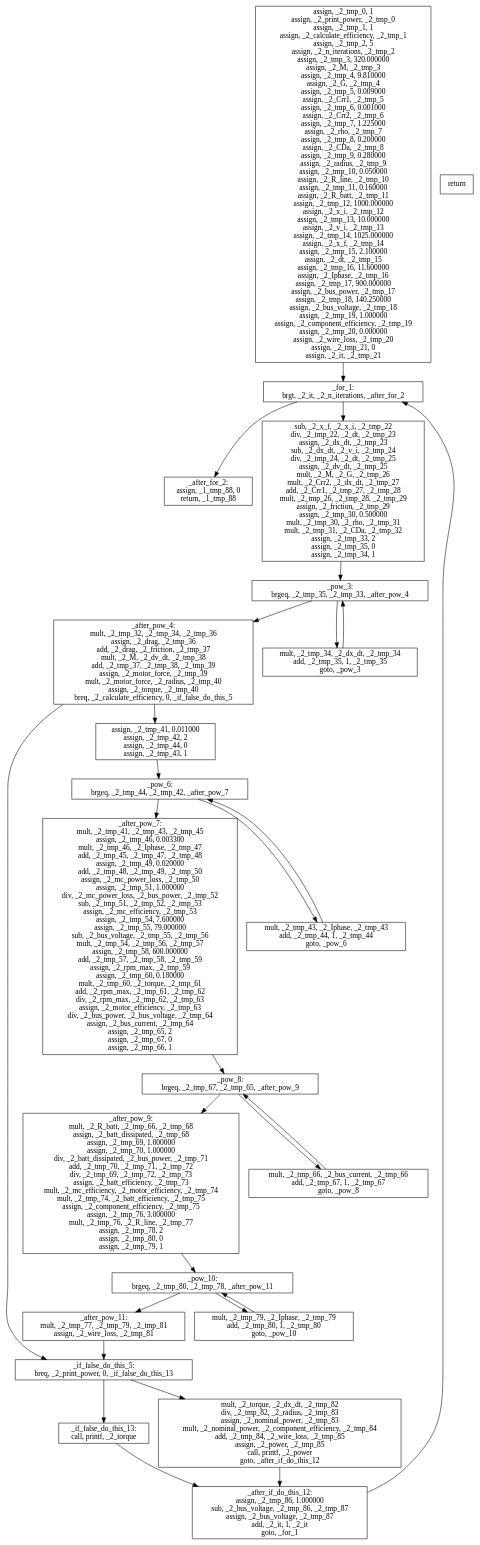
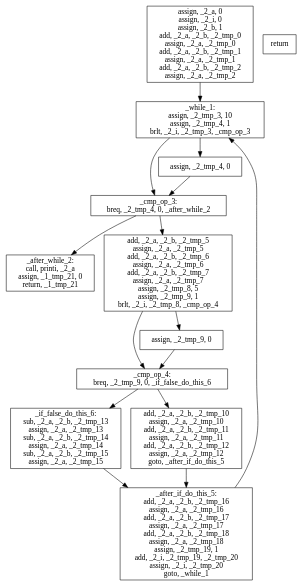
The diagram in fib.cfg.gv (tamtatop/tiger_compiler), drawn with Graphviz before and after one commit. The commit also changed 7 other files, not shown here.

```diff
--- a/fib.cfg.gv
+++ b/fib.cfg.gv
@@ -3,215 +3,85 @@
 main_1 [label = "", shape = "rect"]
 main_1 -> {}
 
-main_1 [label = "assign, _2_tmp_0, 1
-assign, _2_print_power, _2_tmp_0
-assign, _2_tmp_1, 1
-assign, _2_calculate_efficiency, _2_tmp_1
-assign, _2_tmp_2, 5
-assign, _2_n_iterations, _2_tmp_2
-assign, _2_tmp_3, 320.000000
-assign, _2_M, _2_tmp_3
-assign, _2_tmp_4, 9.810000
-assign, _2_G, _2_tmp_4
-assign, _2_tmp_5, 0.009000
-assign, _2_Crr1, _2_tmp_5
-assign, _2_tmp_6, 0.001000
-assign, _2_Crr2, _2_tmp_6
-assign, _2_tmp_7, 1.225000
-assign, _2_rho, _2_tmp_7
-assign, _2_tmp_8, 0.200000
-assign, _2_CDa, _2_tmp_8
-assign, _2_tmp_9, 0.280000
-assign, _2_radius, _2_tmp_9
-assign, _2_tmp_10, 0.050000
-assign, _2_R_line, _2_tmp_10
-assign, _2_tmp_11, 0.160000
-assign, _2_R_batt, _2_tmp_11
-assign, _2_tmp_12, 1000.000000
-assign, _2_x_i, _2_tmp_12
-assign, _2_tmp_13, 10.000000
-assign, _2_v_i, _2_tmp_13
-assign, _2_tmp_14, 1025.000000
-assign, _2_x_f, _2_tmp_14
-assign, _2_tmp_15, 2.100000
-assign, _2_dt, _2_tmp_15
-assign, _2_tmp_16, 11.600000
-assign, _2_Iphase, _2_tmp_16
-assign, _2_tmp_17, 900.000000
-assign, _2_bus_power, _2_tmp_17
-assign, _2_tmp_18, 140.250000
-assign, _2_bus_voltage, _2_tmp_18
-assign, _2_tmp_19, 1.000000
-assign, _2_component_efficiency, _2_tmp_19
-assign, _2_tmp_20, 0.000000
-assign, _2_wire_loss, _2_tmp_20
-assign, _2_tmp_21, 0
-assign, _2_it, _2_tmp_21", shape = "rect"]
+main_1 [label = "assign, _2_a, 0
+assign, _2_i, 0
+assign, _2_b, 1
+add, _2_a, _2_b, _2_tmp_0
+assign, _2_a, _2_tmp_0
+add, _2_a, _2_b, _2_tmp_1
+assign, _2_a, _2_tmp_1
+add, _2_a, _2_b, _2_tmp_2
+assign, _2_a, _2_tmp_2", shape = "rect"]
 main_1 -> {main_2}
 
-main_2 [label = "_for_1:
-brgt, _2_it, _2_n_iterations, _after_for_2", shape = "rect"]
-main_2 -> {main_21, main_3}
+main_2 [label = "_while_1:
+assign, _2_tmp_3, 10
+assign, _2_tmp_4, 1
+brlt, _2_i, _2_tmp_3, _cmp_op_3", shape = "rect"]
+main_2 -> {main_4; main_3}
 
-main_3 [label = "sub, _2_x_f, _2_x_i, _2_tmp_22
-div, _2_tmp_22, _2_dt, _2_tmp_23
-assign, _2_dx_dt, _2_tmp_23
-sub, _2_dx_dt, _2_v_i, _2_tmp_24
-div, _2_tmp_24, _2_dt, _2_tmp_25
-assign, _2_dv_dt, _2_tmp_25
-mult, _2_M, _2_G, _2_tmp_26
-mult, _2_Crr2, _2_dx_dt, _2_tmp_27
-add, _2_Crr1, _2_tmp_27, _2_tmp_28
-mult, _2_tmp_26, _2_tmp_28, _2_tmp_29
-assign, _2_friction, _2_tmp_29
-assign, _2_tmp_30, 0.500000
-mult, _2_tmp_30, _2_rho, _2_tmp_31
-mult, _2_tmp_31, _2_CDa, _2_tmp_32
-assign, _2_tmp_33, 2
-assign, _2_tmp_35, 0
-assign, _2_tmp_34, 1", shape = "rect"]
+main_3 [label = "assign, _2_tmp_4, 0", shape = "rect"]
 main_3 -> {main_4}
 
-main_4 [label = "_pow_3:
-brgeq, _2_tmp_35, _2_tmp_33, _after_pow_4", shape = "rect"]
-main_4 -> {main_6, main_5}
+main_4 [label = "_cmp_op_3:
+breq, _2_tmp_4, 0, _after_while_2", shape = "rect"]
+main_4 -> {main_11; main_5}
 
-main_5 [label = "mult, _2_tmp_34, _2_dx_dt, _2_tmp_34
-add, _2_tmp_35, 1, _2_tmp_35
-goto, _pow_3", shape = "rect"]
-main_5 -> {main_4}
+main_5 [label = "add, _2_a, _2_b, _2_tmp_5
+assign, _2_a, _2_tmp_5
+add, _2_a, _2_b, _2_tmp_6
+assign, _2_a, _2_tmp_6
+add, _2_a, _2_b, _2_tmp_7
+assign, _2_a, _2_tmp_7
+assign, _2_tmp_8, 5
+assign, _2_tmp_9, 1
+brlt, _2_i, _2_tmp_8, _cmp_op_4", shape = "rect"]
+main_5 -> {main_7; main_6}
 
-main_6 [label = "_after_pow_4:
-mult, _2_tmp_32, _2_tmp_34, _2_tmp_36
-assign, _2_drag, _2_tmp_36
-add, _2_drag, _2_friction, _2_tmp_37
-mult, _2_M, _2_dv_dt, _2_tmp_38
-add, _2_tmp_37, _2_tmp_38, _2_tmp_39
-assign, _2_motor_force, _2_tmp_39
-mult, _2_motor_force, _2_radius, _2_tmp_40
-assign, _2_torque, _2_tmp_40
-breq, _2_calculate_efficiency, 0, _if_false_do_this_5", shape = "rect"]
-main_6 -> {main_17, main_7}
+main_6 [label = "assign, _2_tmp_9, 0", shape = "rect"]
+main_6 -> {main_7}
 
-main_7 [label = "assign, _2_tmp_41, 0.011000
-assign, _2_tmp_42, 2
-assign, _2_tmp_44, 0
-assign, _2_tmp_43, 1", shape = "rect"]
-main_7 -> {main_8}
+main_7 [label = "_cmp_op_4:
+breq, _2_tmp_9, 0, _if_false_do_this_6", shape = "rect"]
+main_7 -> {main_9; main_8}
 
-main_8 [label = "_pow_6:
-brgeq, _2_tmp_44, _2_tmp_42, _after_pow_7", shape = "rect"]
-main_8 -> {main_10, main_9}
+main_8 [label = "add, _2_a, _2_b, _2_tmp_10
+assign, _2_a, _2_tmp_10
+add, _2_a, _2_b, _2_tmp_11
+assign, _2_a, _2_tmp_11
+add, _2_a, _2_b, _2_tmp_12
+assign, _2_a, _2_tmp_12
+goto, _after_if_do_this_5", shape = "rect"]
+main_8 -> {main_10}
 
-main_9 [label = "mult, _2_tmp_43, _2_Iphase, _2_tmp_43
-add, _2_tmp_44, 1, _2_tmp_44
-goto, _pow_6", shape = "rect"]
-main_9 -> {main_8}
+main_9 [label = "_if_false_do_this_6:
+sub, _2_a, _2_b, _2_tmp_13
+assign, _2_a, _2_tmp_13
+sub, _2_a, _2_b, _2_tmp_14
+assign, _2_a, _2_tmp_14
+sub, _2_a, _2_b, _2_tmp_15
+assign, _2_a, _2_tmp_15", shape = "rect"]
+main_9 -> {main_10}
 
-main_10 [label = "_after_pow_7:
-mult, _2_tmp_41, _2_tmp_43, _2_tmp_45
-assign, _2_tmp_46, 0.003300
-mult, _2_tmp_46, _2_Iphase, _2_tmp_47
-add, _2_tmp_45, _2_tmp_47, _2_tmp_48
-assign, _2_tmp_49, 0.020000
-add, _2_tmp_48, _2_tmp_49, _2_tmp_50
-assign, _2_mc_power_loss, _2_tmp_50
-assign, _2_tmp_51, 1.000000
-div, _2_mc_power_loss, _2_bus_power, _2_tmp_52
-sub, _2_tmp_51, _2_tmp_52, _2_tmp_53
-assign, _2_mc_efficiency, _2_tmp_53
-assign, _2_tmp_54, 7.600000
-assign, _2_tmp_55, 79.000000
-sub, _2_bus_voltage, _2_tmp_55, _2_tmp_56
-mult, _2_tmp_54, _2_tmp_56, _2_tmp_57
-assign, _2_tmp_58, 600.000000
-add, _2_tmp_57, _2_tmp_58, _2_tmp_59
-assign, _2_rpm_max, _2_tmp_59
-assign, _2_tmp_60, 0.180000
-mult, _2_tmp_60, _2_torque, _2_tmp_61
-add, _2_rpm_max, _2_tmp_61, _2_tmp_62
-div, _2_rpm_max, _2_tmp_62, _2_tmp_63
-assign, _2_motor_efficiency, _2_tmp_63
-div, _2_bus_power, _2_bus_voltage, _2_tmp_64
-assign, _2_bus_current, _2_tmp_64
-assign, _2_tmp_65, 2
-assign, _2_tmp_67, 0
-assign, _2_tmp_66, 1", shape = "rect"]
-main_10 -> {main_11}
+main_10 [label = "_after_if_do_this_5:
+add, _2_a, _2_b, _2_tmp_16
+assign, _2_a, _2_tmp_16
+add, _2_a, _2_b, _2_tmp_17
+assign, _2_a, _2_tmp_17
+add, _2_a, _2_b, _2_tmp_18
+assign, _2_a, _2_tmp_18
+assign, _2_tmp_19, 1
+add, _2_i, _2_tmp_19, _2_tmp_20
+assign, _2_i, _2_tmp_20
+goto, _while_1", shape = "rect"]
+main_10 -> {main_2}
 
-main_11 [label = "_pow_8:
-brgeq, _2_tmp_67, _2_tmp_65, _after_pow_9", shape = "rect"]
-main_11 -> {main_13, main_12}
+main_11 [label = "_after_while_2:
+call, printi, _2_a
+assign, _1_tmp_21, 0
+return, _1_tmp_21", shape = "rect"]
+main_11 -> {}
 
-main_12 [label = "mult, _2_tmp_66, _2_bus_current, _2_tmp_66
-add, _2_tmp_67, 1, _2_tmp_67
-goto, _pow_8", shape = "rect"]
-main_12 -> {main_11}
-
-main_13 [label = "_after_pow_9:
-mult, _2_R_batt, _2_tmp_66, _2_tmp_68
-assign, _2_batt_dissipated, _2_tmp_68
-assign, _2_tmp_69, 1.000000
-assign, _2_tmp_70, 1.000000
-div, _2_batt_dissipated, _2_bus_power, _2_tmp_71
-add, _2_tmp_70, _2_tmp_71, _2_tmp_72
-div, _2_tmp_69, _2_tmp_72, _2_tmp_73
-assign, _2_batt_efficiency, _2_tmp_73
-mult, _2_mc_efficiency, _2_motor_efficiency, _2_tmp_74
-mult, _2_tmp_74, _2_batt_efficiency, _2_tmp_75
-assign, _2_component_efficiency, _2_tmp_75
-assign, _2_tmp_76, 3.000000
-mult, _2_tmp_76, _2_R_line, _2_tmp_77
-assign, _2_tmp_78, 2
-assign, _2_tmp_80, 0
-assign, _2_tmp_79, 1", shape = "rect"]
-main_13 -> {main_14}
-
-main_14 [label = "_pow_10:
-brgeq, _2_tmp_80, _2_tmp_78, _after_pow_11", shape = "rect"]
-main_14 -> {main_16, main_15}
-
-main_15 [label = "mult, _2_tmp_79, _2_Iphase, _2_tmp_79
-add, _2_tmp_80, 1, _2_tmp_80
-goto, _pow_10", shape = "rect"]
-main_15 -> {main_14}
-
-main_16 [label = "_after_pow_11:
-mult, _2_tmp_77, _2_tmp_79, _2_tmp_81
-assign, _2_wire_loss, _2_tmp_81", shape = "rect"]
-main_16 -> {main_17}
-
-main_17 [label = "_if_false_do_this_5:
-breq, _2_print_power, 0, _if_false_do_this_13", shape = "rect"]
-main_17 -> {main_19, main_18}
-
-main_18 [label = "mult, _2_torque, _2_dx_dt, _2_tmp_82
-div, _2_tmp_82, _2_radius, _2_tmp_83
-assign, _2_nominal_power, _2_tmp_83
-mult, _2_nominal_power, _2_component_efficiency, _2_tmp_84
-add, _2_tmp_84, _2_wire_loss, _2_tmp_85
-assign, _2_power, _2_tmp_85
-call, printf, _2_power
-goto, _after_if_do_this_12", shape = "rect"]
-main_18 -> {main_20}
-
-main_19 [label = "_if_false_do_this_13:
-call, printf, _2_torque", shape = "rect"]
-main_19 -> {main_20}
-
-main_20 [label = "_after_if_do_this_12:
-assign, _2_tmp_86, 1.000000
-sub, _2_bus_voltage, _2_tmp_86, _2_tmp_87
-assign, _2_bus_voltage, _2_tmp_87
-add, _2_it, 1, _2_it
-goto, _for_1", shape = "rect"]
-main_20 -> {main_2}
-
-main_21 [label = "_after_for_2:
-assign, _1_tmp_88, 0
-return, _1_tmp_88", shape = "rect"]
-main_21 -> {}
-
-main_22 [label = "return", shape = "rect"]
-main_22 -> {}
+main_12 [label = "return", shape = "rect"]
+main_12 -> {}
 }
```
